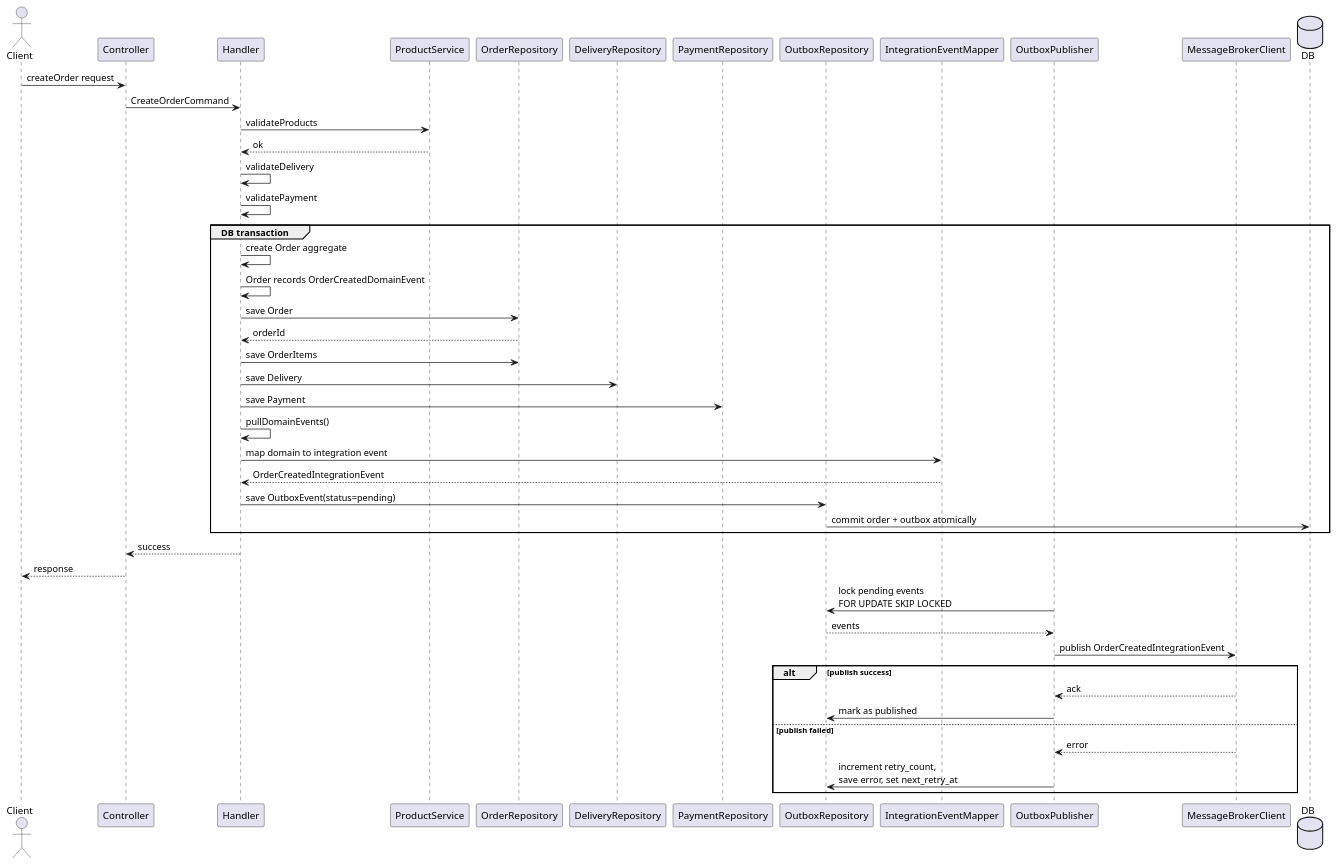
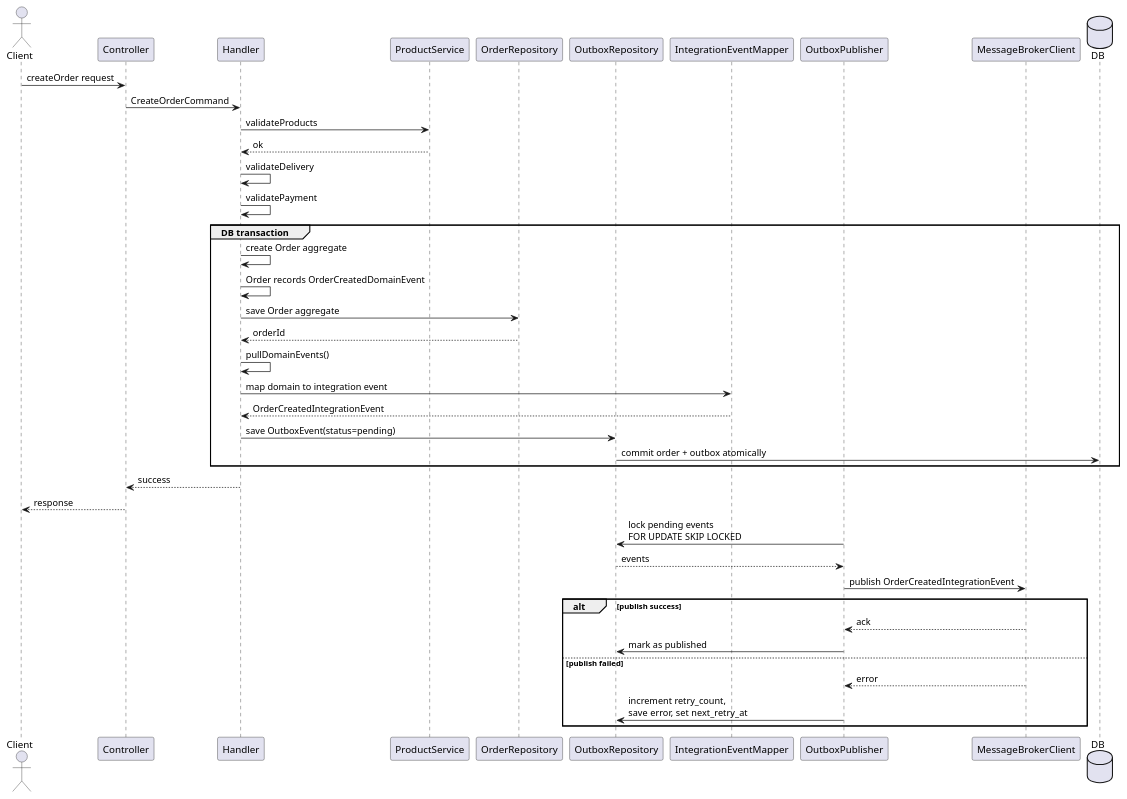
Before and after one commit to robotateme/order-service-design: the diagram in sequence.puml, drawn with PlantUML. The commit also changed 2 other files, not shown here.

Commit message:
Model order as aggregate root

```diff
--- a/sequence.puml
+++ b/sequence.puml
@@ -1,58 +1,50 @@
 @startuml
 
 actor Client
 participant Controller
 participant Handler
 participant ProductService
 participant OrderRepository
-participant DeliveryRepository
-participant PaymentRepository
 participant OutboxRepository
 participant IntegrationEventMapper
 participant OutboxPublisher
 participant MessageBrokerClient
 database DB
 
 Client -> Controller : createOrder request
 Controller -> Handler : CreateOrderCommand
 
 Handler -> ProductService : validateProducts
 ProductService --> Handler : ok
 
 Handler -> Handler : validateDelivery
 Handler -> Handler : validatePayment
 
 group DB transaction
 Handler -> Handler : create Order aggregate
 Handler -> Handler : Order records OrderCreatedDomainEvent
-Handler -> OrderRepository : save Order
+Handler -> OrderRepository : save Order aggregate
 OrderRepository --> Handler : orderId
-
-Handler -> OrderRepository : save OrderItems
-
-Handler -> DeliveryRepository : save Delivery
-
-Handler -> PaymentRepository : save Payment
 
 Handler -> Handler : pullDomainEvents()
 Handler -> IntegrationEventMapper : map domain to integration event
 IntegrationEventMapper --> Handler : OrderCreatedIntegrationEvent
 Handler -> OutboxRepository : save OutboxEvent(status=pending)
 OutboxRepository -> DB : commit order + outbox atomically
 end
 
 Handler --> Controller : success
 Controller --> Client : response
 
 OutboxPublisher -> OutboxRepository : lock pending events\nFOR UPDATE SKIP LOCKED
 OutboxRepository --> OutboxPublisher : events
 OutboxPublisher -> MessageBrokerClient : publish OrderCreatedIntegrationEvent
 alt publish success
 MessageBrokerClient --> OutboxPublisher : ack
 OutboxPublisher -> OutboxRepository : mark as published
 else publish failed
 MessageBrokerClient --> OutboxPublisher : error
 OutboxPublisher -> OutboxRepository : increment retry_count,\nsave error, set next_retry_at
 end
 
 @enduml
```
